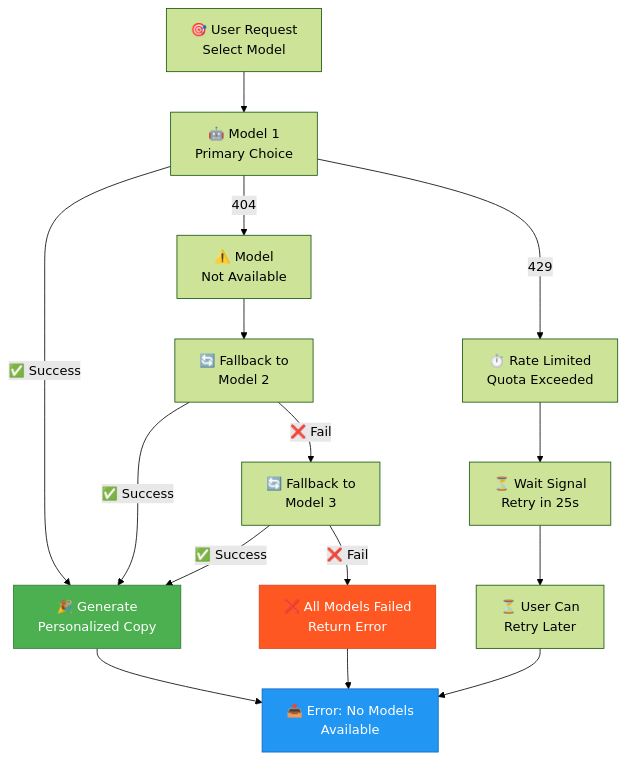
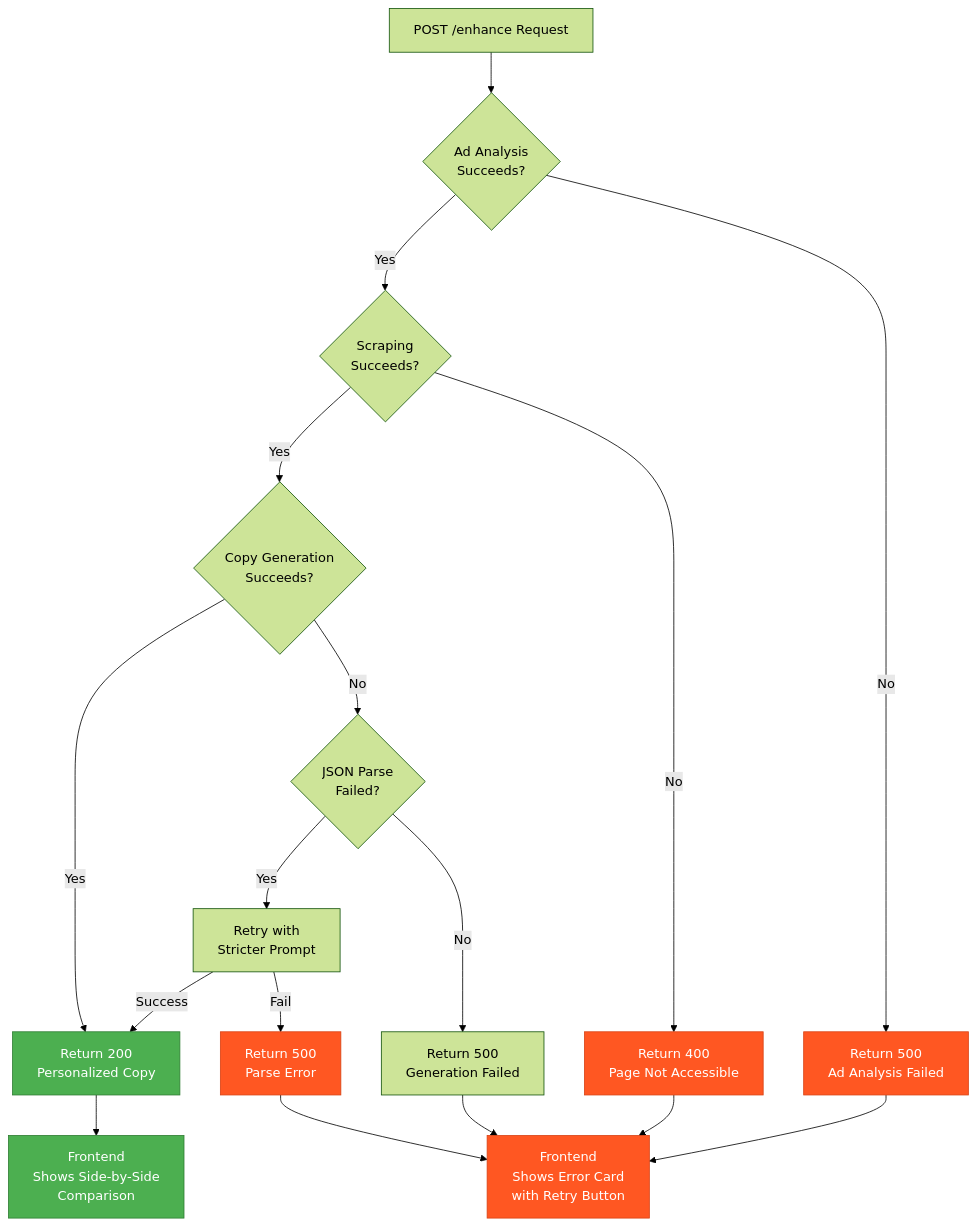
One commit to ApexYash11/Troopod-assigment changed the fifth of 5 diagrams in README.md. Above: the diagram before and after it, drawn with Mermaid (forest theme). The commit also changed other lines of this file and 7 other files, not shown here.

First line of the commit message:
feat: Enhance ad analysis and landing page personalization

````diff
--- a/README.md
+++ b/README.md
@@ -489,28 +177,32 @@
 ```mermaid
 graph TD
-    A["🎯 User Request<br/>Select Model"] --> B["🤖 Model 1<br/>Primary Choice"]
+    A["POST /enhance Request"] --> B{Ad Analysis<br/>Succeeds?}
     
-    B -->|✅ Success| C["🎉 Generate<br/>Personalized Copy"]
+    B -->|Yes| C{Scraping<br/>Succeeds?}
+    B -->|No| E["Return 500<br/>Ad Analysis Failed"]
     
-    B -->|404| D["⚠️ Model<br/>Not Available"]
-    B -->|429| E["⏱️ Rate Limited<br/>Quota Exceeded"]
+    C -->|Yes| D{Copy Generation<br/>Succeeds?}
+    C -->|No| F["Return 400<br/>Page Not Accessible"]
     
-    D --> F["🔄 Fallback to<br/>Model 2"]
-    E --> G["⏳ Wait Signal<br/>Retry in 25s"]
+    D -->|Yes| G["Return 200<br/>Personalized Copy"]
+    D -->|No| H{JSON Parse<br/>Failed?}
     
-    F -->|✅ Success| C
-    F -->|❌ Fail| H["🔄 Fallback to<br/>Model 3"]
+    H -->|Yes| I["Retry with<br/>Stricter Prompt"]
+    H -->|No| J["Return 500<br/>Generation Failed"]
     
-    H -->|✅ Success| C
-    H -->|❌ Fail| I["❌ All Models Failed<br/>Return Error"]
+    I -->|Success| G
+    I -->|Fail| K["Return 500<br/>Parse Error"]
     
-    G --> J["⏳ User Can<br/>Retry Later"]
+    E --> L["Frontend<br/>Shows Error Card<br/>with Retry Button"]
+    F --> L
+    J --> L
+    K --> L
+    G --> M["Frontend<br/>Shows Side-by-Side<br/>Comparison"]
     
-    I --> K["📤 Error: No Models<br/>Available"]
-    C --> K
-    J --> K
-    
-    style C fill:#4CAF50,stroke:#2E7D32,color:#fff
-    style K fill:#2196F3,stroke:#1565C0,color:#fff
-    style I fill:#FF5722,stroke:#D84315,color:#fff
+    style G fill:#4CAF50,stroke:#2E7D32,color:#fff
+    style M fill:#4CAF50,stroke:#2E7D32,color:#fff
+    style L fill:#FF5722,stroke:#D84315,color:#fff
+    style E fill:#FF5722,stroke:#D84315,color:#fff
+    style F fill:#FF5722,stroke:#D84315,color:#fff
+    style K fill:#FF5722,stroke:#D84315,color:#fff
 ```
````
